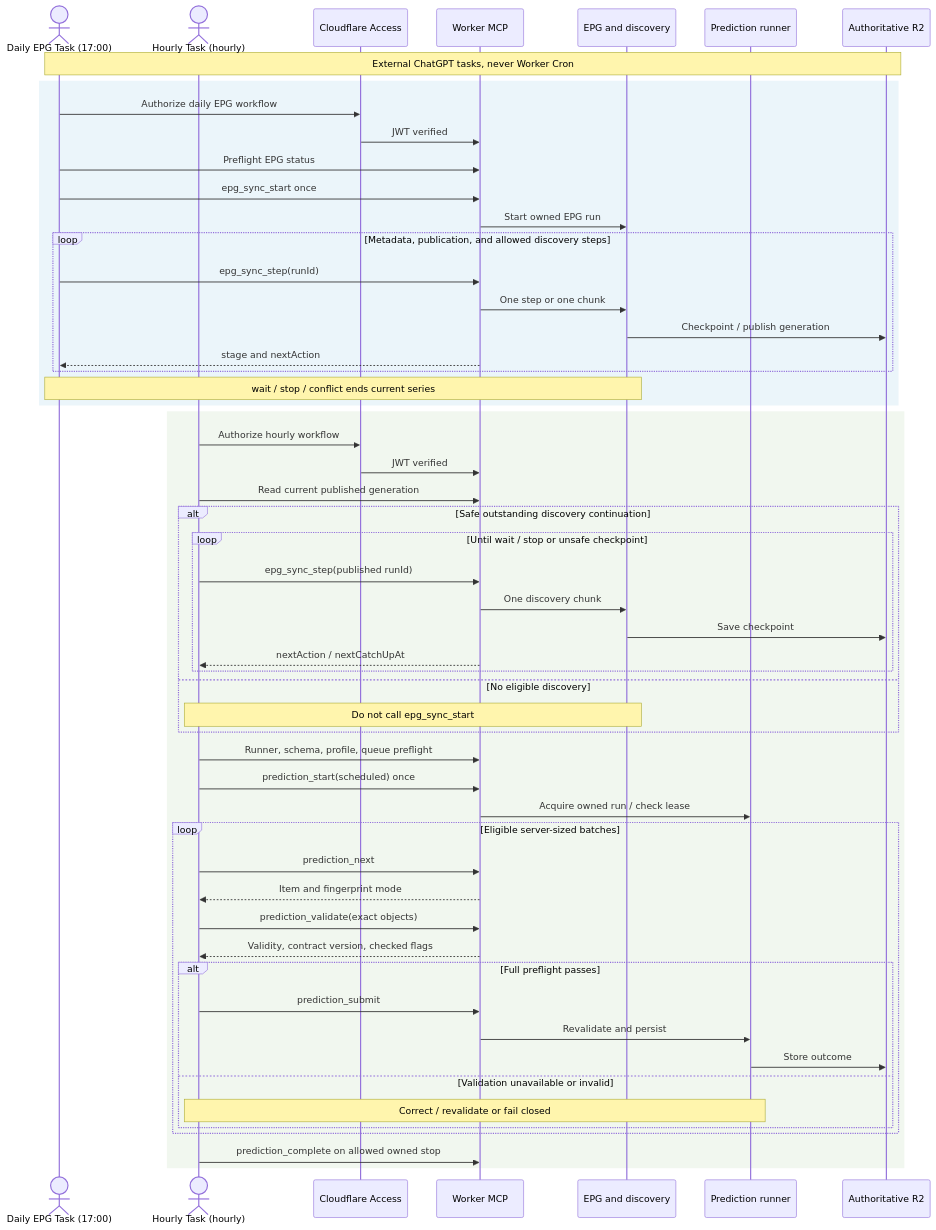
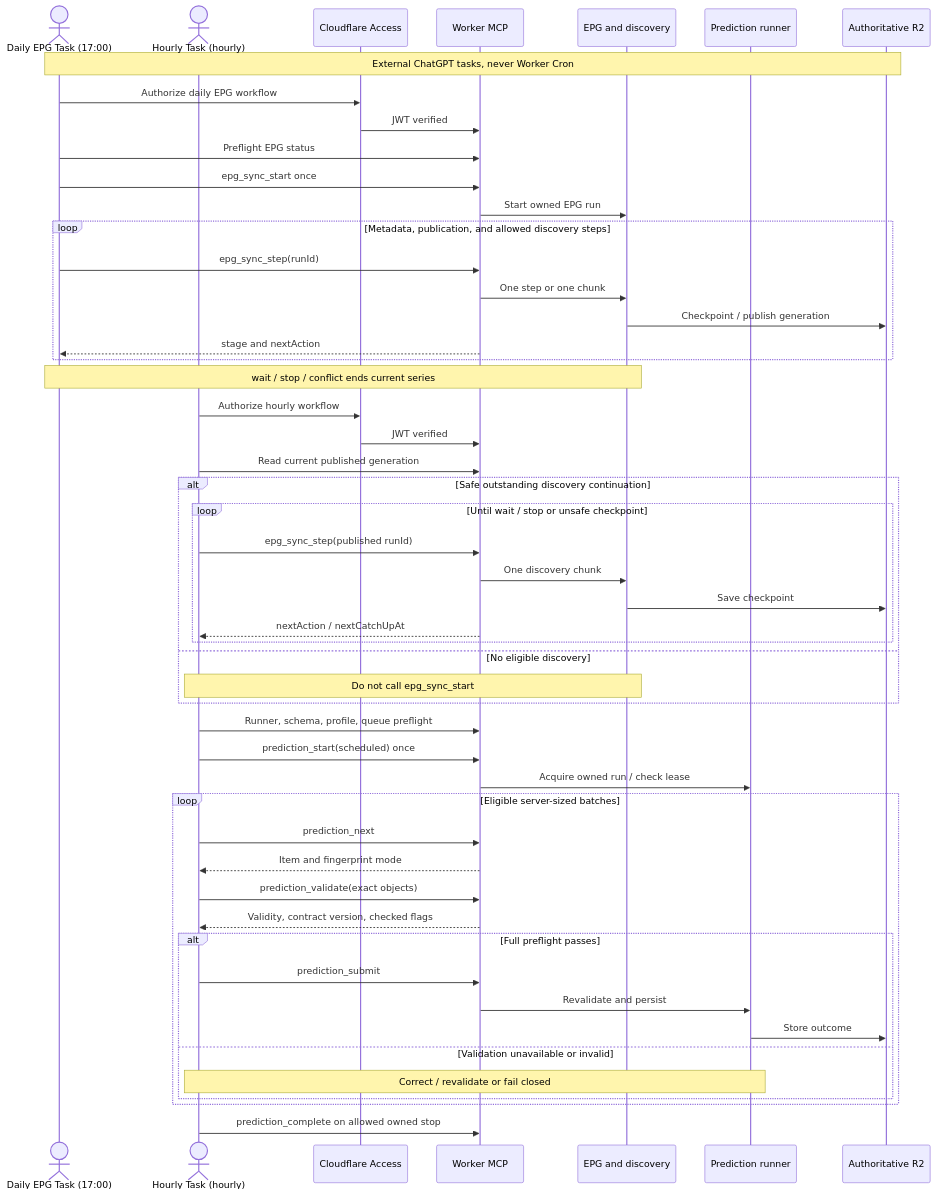
Before and after one commit to vladimino/iptv-watchlist: the diagram in docs/architecture/scheduling-and-orchestration.md, drawn with Mermaid.

Commit message:
docs: restore theme-aware Mermaid contrast (AIR-155)

````diff
--- a/docs/architecture/scheduling-and-orchestration.md
+++ b/docs/architecture/scheduling-and-orchestration.md
@@ -5,57 +5,53 @@
 ```mermaid
 sequenceDiagram
     actor Daily as Daily EPG Task (17:00)
     actor Hourly as Hourly Task (hourly)
     participant Access as Cloudflare Access
     participant MCP as Worker MCP
     participant EPG as EPG and discovery
     participant Runner as Prediction runner
     participant R2 as Authoritative R2
     Note over Daily,R2: External ChatGPT tasks, never Worker Cron
-    rect rgb(235, 245, 250)
-        Daily->>Access: Authorize daily EPG workflow
-        Access->>MCP: JWT verified
-        Daily->>MCP: Preflight EPG status
-        Daily->>MCP: epg_sync_start once
-        MCP->>EPG: Start owned EPG run
-        loop Metadata, publication, and allowed discovery steps
-            Daily->>MCP: epg_sync_step(runId)
-            MCP->>EPG: One step or one chunk
-            EPG->>R2: Checkpoint / publish generation
-            MCP-->>Daily: stage and nextAction
+    Daily->>Access: Authorize daily EPG workflow
+    Access->>MCP: JWT verified
+    Daily->>MCP: Preflight EPG status
+    Daily->>MCP: epg_sync_start once
+    MCP->>EPG: Start owned EPG run
+    loop Metadata, publication, and allowed discovery steps
+        Daily->>MCP: epg_sync_step(runId)
+        MCP->>EPG: One step or one chunk
+        EPG->>R2: Checkpoint / publish generation
+        MCP-->>Daily: stage and nextAction
+    end
+    Note over Daily,EPG: wait / stop / conflict ends current series
+    Hourly->>Access: Authorize hourly workflow
+    Access->>MCP: JWT verified
+    Hourly->>MCP: Read current published generation
+    alt Safe outstanding discovery continuation
+        loop Until wait / stop or unsafe checkpoint
+            Hourly->>MCP: epg_sync_step(published runId)
+            MCP->>EPG: One discovery chunk
+            EPG->>R2: Save checkpoint
+            MCP-->>Hourly: nextAction / nextCatchUpAt
         end
-        Note over Daily,EPG: wait / stop / conflict ends current series
+    else No eligible discovery
+        Note over Hourly,EPG: Do not call epg_sync_start
     end
-    rect rgb(241, 247, 239)
-        Hourly->>Access: Authorize hourly workflow
-        Access->>MCP: JWT verified
-        Hourly->>MCP: Read current published generation
-        alt Safe outstanding discovery continuation
-            loop Until wait / stop or unsafe checkpoint
-                Hourly->>MCP: epg_sync_step(published runId)
-                MCP->>EPG: One discovery chunk
-                EPG->>R2: Save checkpoint
-                MCP-->>Hourly: nextAction / nextCatchUpAt
-            end
-        else No eligible discovery
-            Note over Hourly,EPG: Do not call epg_sync_start
+    Hourly->>MCP: Runner, schema, profile, queue preflight
+    Hourly->>MCP: prediction_start(scheduled) once
+    MCP->>Runner: Acquire owned run / check lease
+    loop Eligible server-sized batches
+        Hourly->>MCP: prediction_next
+        MCP-->>Hourly: Item and fingerprint mode
+        Hourly->>MCP: prediction_validate(exact objects)
+        MCP-->>Hourly: Validity, contract version, checked flags
+        alt Full preflight passes
+            Hourly->>MCP: prediction_submit
+            MCP->>Runner: Revalidate and persist
+            Runner->>R2: Store outcome
+        else Validation unavailable or invalid
+            Note over Hourly,Runner: Correct / revalidate or fail closed
         end
-        Hourly->>MCP: Runner, schema, profile, queue preflight
-        Hourly->>MCP: prediction_start(scheduled) once
-        MCP->>Runner: Acquire owned run / check lease
-        loop Eligible server-sized batches
-            Hourly->>MCP: prediction_next
-            MCP-->>Hourly: Item and fingerprint mode
-            Hourly->>MCP: prediction_validate(exact objects)
-            MCP-->>Hourly: Validity, contract version, checked flags
-            alt Full preflight passes
-                Hourly->>MCP: prediction_submit
-                MCP->>Runner: Revalidate and persist
-                Runner->>R2: Store outcome
-            else Validation unavailable or invalid
-                Note over Hourly,Runner: Correct / revalidate or fail closed
-            end
-        end
-        Hourly->>MCP: prediction_complete on allowed owned stop
     end
+    Hourly->>MCP: prediction_complete on allowed owned stop
 ```
````
